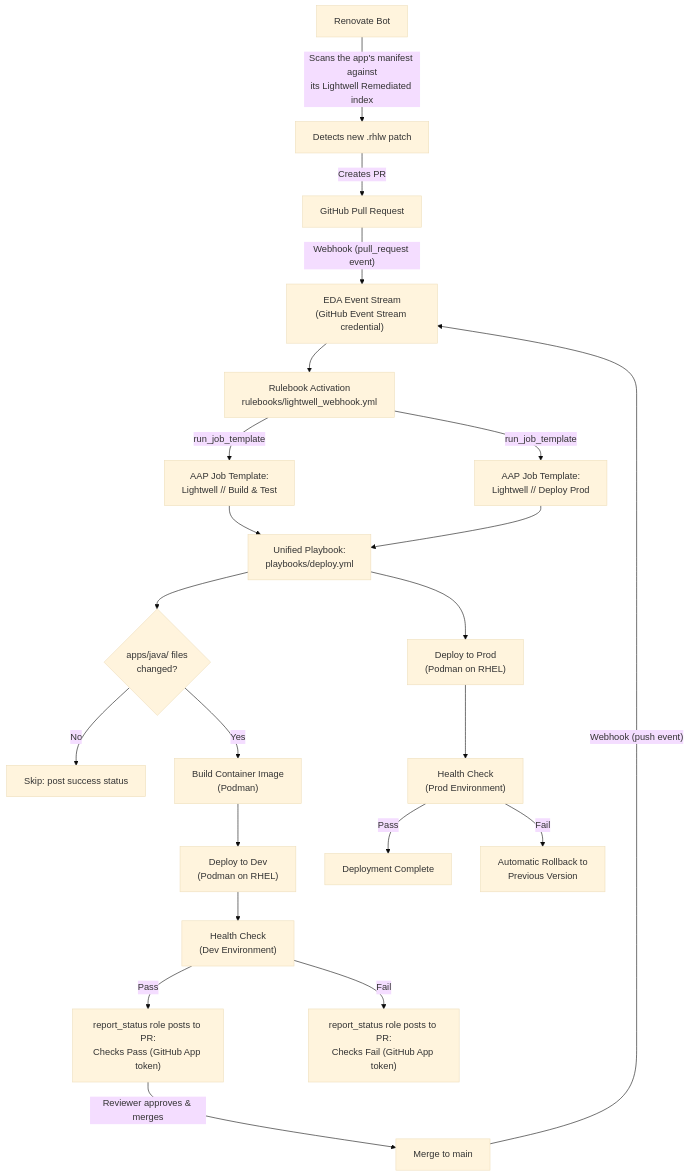
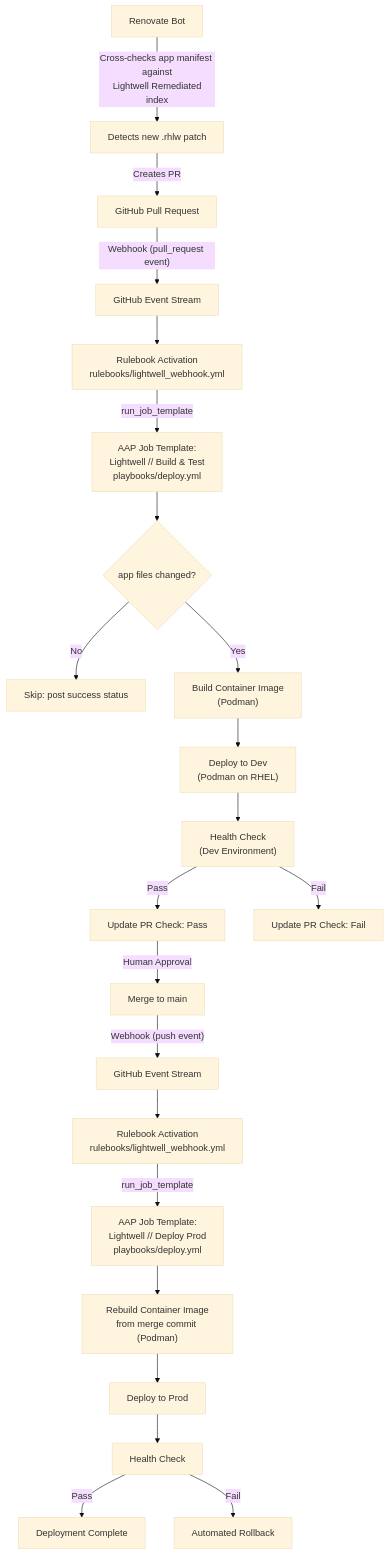
Before and after one commit to zjleblanc/ansible-lightwell-apps: the diagram in README.md, drawn with Mermaid (base theme).

Commit message:
simplified mermaid diagram

````diff
--- a/README.md
+++ b/README.md
@@ -32,24 +32,24 @@
 ```mermaid
 flowchart TD
-    RenovateBot["Renovate Bot"] -->|"Scans the app's manifest against\nits Lightwell Remediated index"| DetectPatch["Detects new .rhlw patch"]
+    RenovateBot["Renovate Bot"] -->|"Cross-checks app manifest against\n Lightwell Remediated index"| DetectPatch["Detects new .rhlw patch"]
     DetectPatch -->|"Creates PR"| GitHubPR["GitHub Pull Request"]
-    GitHubPR -->|"Webhook (pull_request event)"| EventStream["EDA Event Stream\n(GitHub Event Stream credential)"]
-    EventStream --> Rulebook["Rulebook Activation\nrulebooks/lightwell_webhook.yml"]
-    Rulebook -->|"run_job_template"| AAP_Test["AAP Job Template:\nLightwell // Build & Test"]
-    AAP_Test --> UnifiedDeploy["Unified Playbook:\nplaybooks/deploy.yml"]
-    UnifiedDeploy --> PathFilter{"apps/java/ files\nchanged?"}
+    GitHubPR -->|"Webhook (pull_request event)"| EventStreamPR["GitHub Event Stream"]
+    EventStreamPR --> RulebookPR["Rulebook Activation\nrulebooks/lightwell_webhook.yml"]
+    RulebookPR -->|"run_job_template"| DeployDevPlaybook["AAP Job Template:\nLightwell // Build & Test\nplaybooks/deploy.yml"]
+    DeployDevPlaybook --> PathFilter{"app files changed?"}
     PathFilter -->|"No"| Skip["Skip: post success status"]
     PathFilter -->|"Yes"| BuildImg["Build Container Image\n(Podman)"]
     BuildImg --> DeployTest["Deploy to Dev\n(Podman on RHEL)"]
     DeployTest --> HealthTest["Health Check\n(Dev Environment)"]
-    HealthTest -->|"Pass"| ApprovePR["report_status role posts to PR:\nChecks Pass (GitHub App token)"]
-    HealthTest -->|"Fail"| FailPR["report_status role posts to PR:\nChecks Fail (GitHub App token)"]
-    ApprovePR -->|"Reviewer approves & merges"| MergeMain["Merge to main"]
-    MergeMain -->|"Webhook (push event)"| EventStream
-    Rulebook -->|"run_job_template"| AAP_Prod["AAP Job Template:\nLightwell // Deploy Prod"]
-    AAP_Prod --> UnifiedDeploy
-    UnifiedDeploy --> DeployProd["Deploy to Prod\n(Podman on RHEL)"]
-    DeployProd --> HealthProd["Health Check\n(Prod Environment)"]
+    HealthTest -->|"Pass"| ApprovePR["Update PR Check: Pass"]
+    HealthTest -->|"Fail"| FailPR["Update PR Check: Fail"]
+    ApprovePR -->|"Human Approval"| MergeMain["Merge to main"]
+    MergeMain -->|"Webhook (push event)"| EventStreamPush["GitHub Event Stream"]
+    EventStreamPush --> RulebookPush["Rulebook Activation\nrulebooks/lightwell_webhook.yml"]
+    RulebookPush -->|"run_job_template"| DeployProdPlaybook["AAP Job Template:\nLightwell // Deploy Prod\nplaybooks/deploy.yml"]
+    DeployProdPlaybook --> BuildImgProd["Rebuild Container Image\nfrom merge commit (Podman)"]
+    BuildImgProd --> DeployProd["Deploy to Prod"]
+    DeployProd --> HealthProd["Health Check"]
     HealthProd -->|"Pass"| Done["Deployment Complete"]
-    HealthProd -->|"Fail"| Rollback["Automatic Rollback to\nPrevious Version"]
+    HealthProd -->|"Fail"| Rollback["Automated Rollback"]
 ```
````
